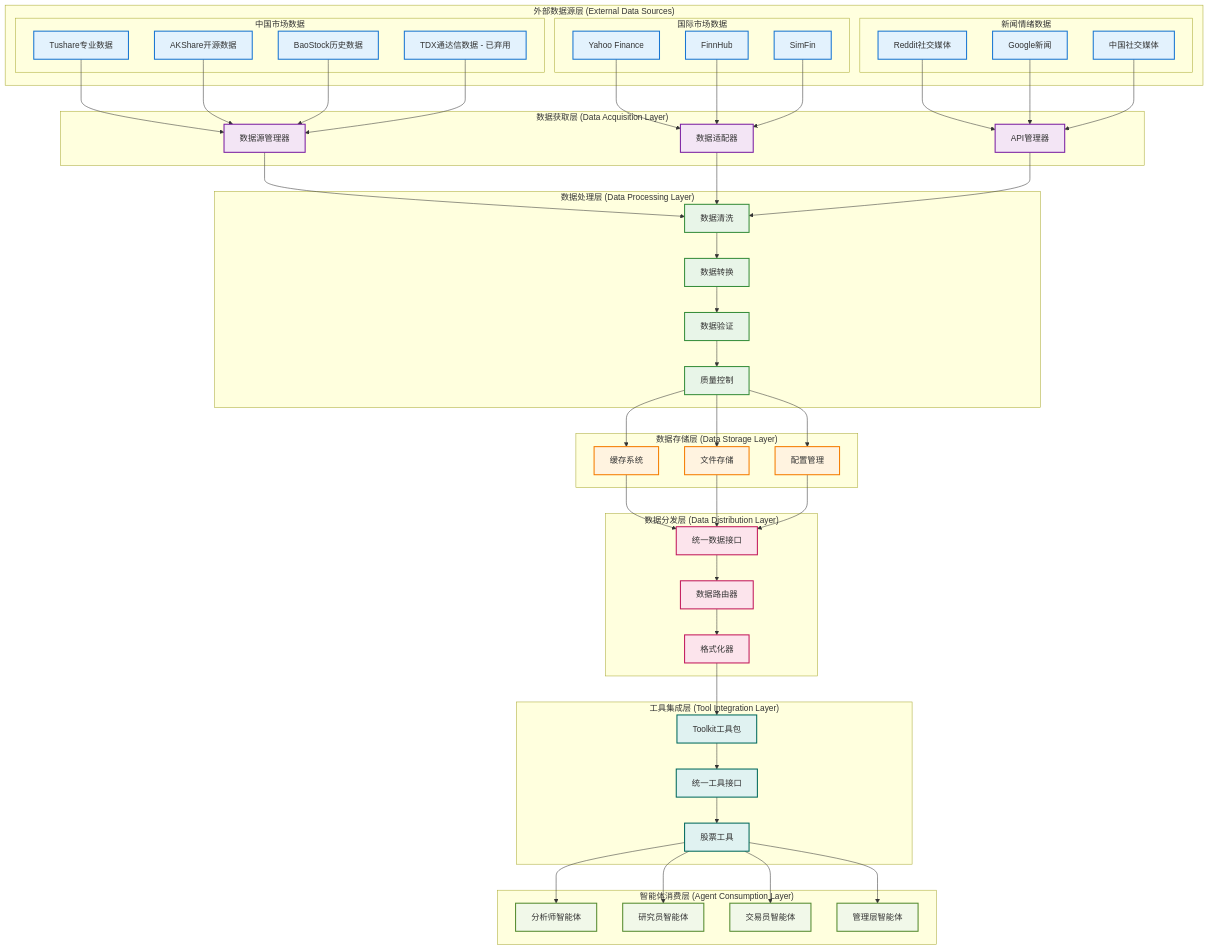
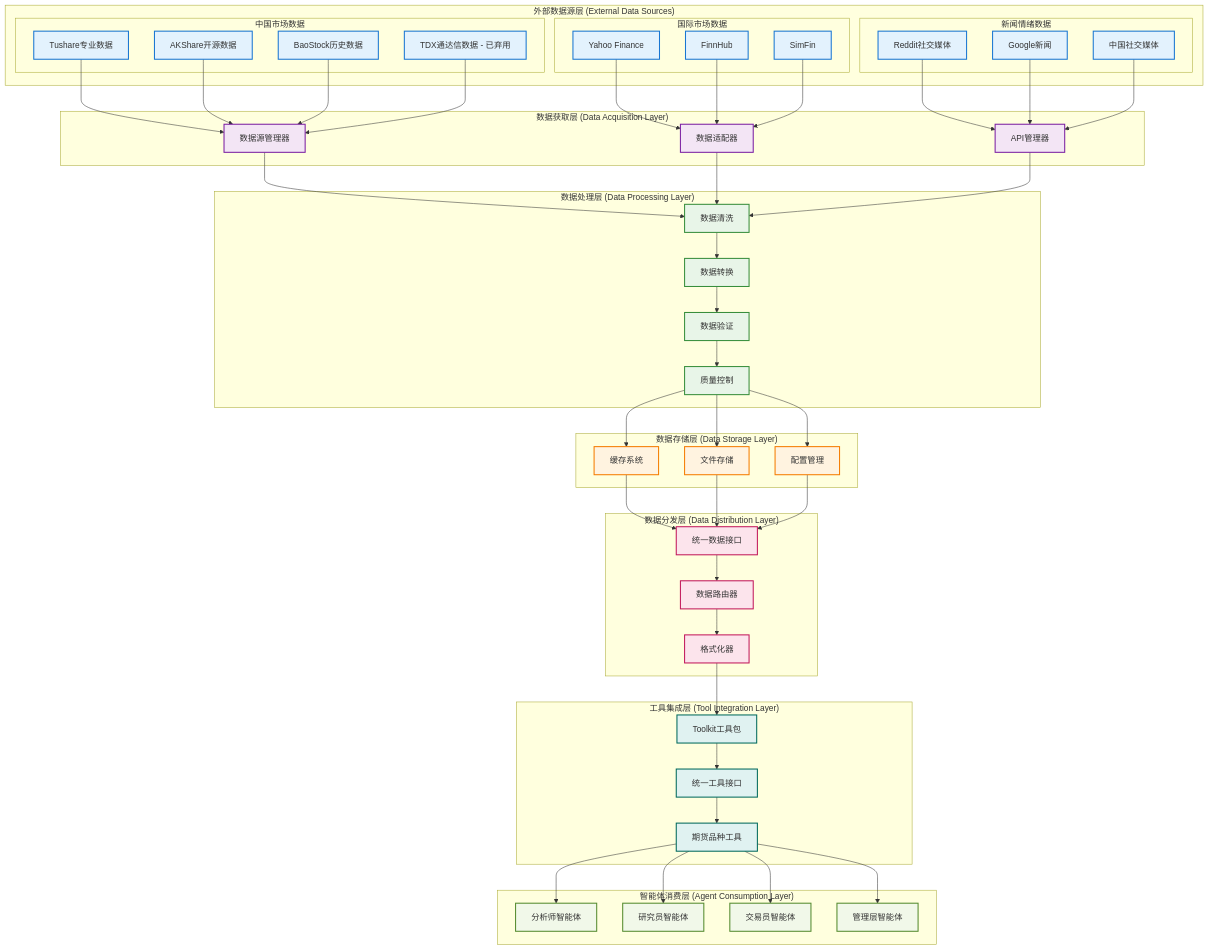
One commit to zhouxinhao19/TradingAgent-Future changed the first of 2 diagrams in docs/architecture/v0.1.13/data-flow-architecture.md. Above: the diagram before and after it, drawn with Mermaid. The commit also changed other lines of this file and 433 other files, not shown here.

```diff
--- a/docs/architecture/v0.1.13/data-flow-architecture.md
+++ b/docs/architecture/v0.1.13/data-flow-architecture.md
@@ -59,7 +59,7 @@
     subgraph "工具集成层 (Tool Integration Layer)"
         TOOLKIT[Toolkit工具包]
         UNIFIED_TOOLS[统一工具接口]
-        STOCK_UTILS[股票工具]
+        STOCK_UTILS[期货品种工具]
     end
     
     subgraph "智能体消费层 (Agent Consumption Layer)"
```
